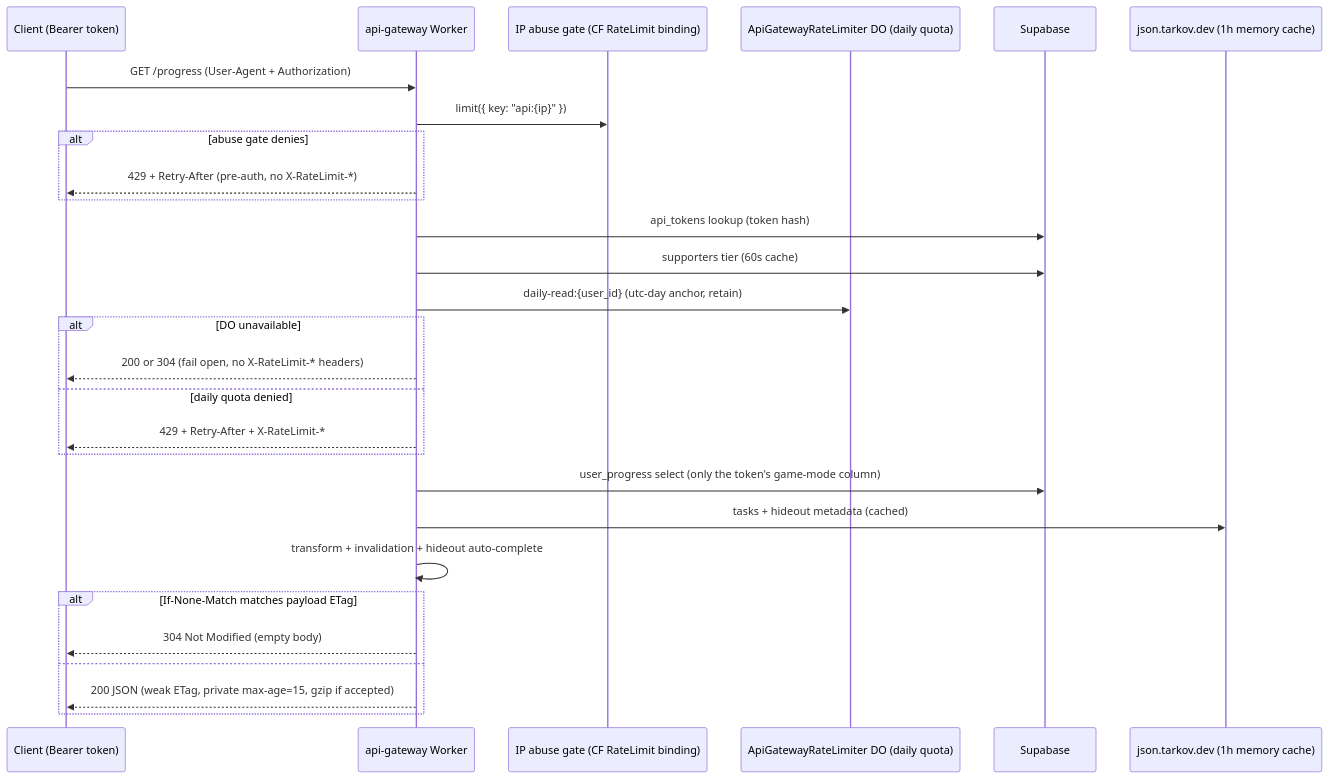
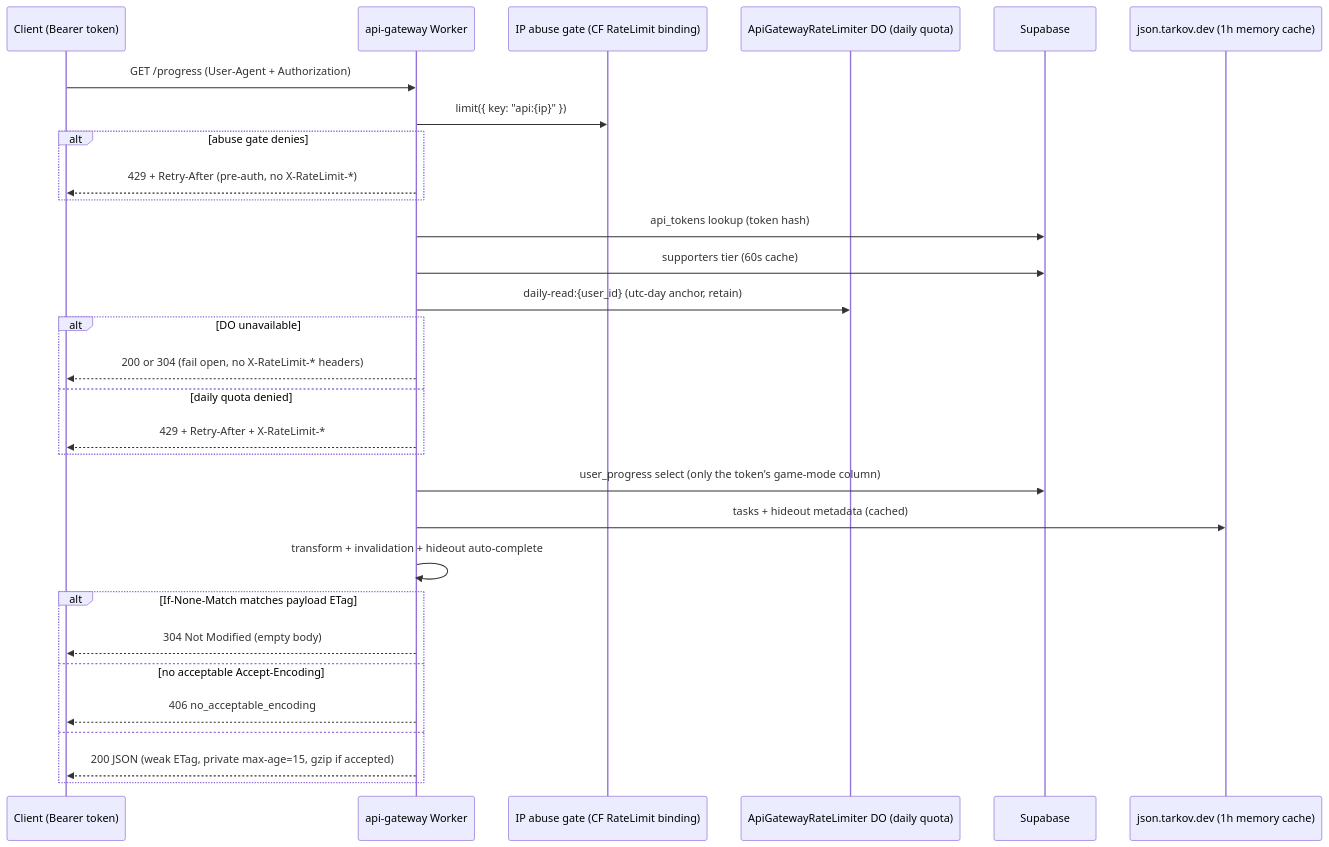
Before and after one commit to tarkovtracker-org/TarkovTracker: the sixth of 6 diagrams in docs/SYSTEMS.md, drawn with Mermaid. The commit also changed other lines of this file, not shown here.

First line of the commit message:
docs(api): fix progress-flow list indentation and add the 406 diagram branch

````diff
--- a/docs/SYSTEMS.md
+++ b/docs/SYSTEMS.md
@@ -412,31 +412,33 @@
 ```mermaid
 sequenceDiagram
   participant C as Client (Bearer token)
   participant W as api-gateway Worker
   participant AG as IP abuse gate (CF RateLimit binding)
   participant DO as ApiGatewayRateLimiter DO (daily quota)
   participant SB as Supabase
   participant TD as json.tarkov.dev (1h memory cache)
 
   C->>W: GET /progress (User-Agent + Authorization)
   W->>AG: limit({ key: "api:{ip}" })
   alt abuse gate denies
     W-->>C: 429 + Retry-After (pre-auth, no X-RateLimit-*)
   end
   W->>SB: api_tokens lookup (token hash)
   W->>SB: supporters tier (60s cache)
   W->>DO: daily-read:{user_id} (utc-day anchor, retain)
   alt DO unavailable
     W-->>C: 200 or 304 (fail open, no X-RateLimit-* headers)
   else daily quota denied
     W-->>C: 429 + Retry-After + X-RateLimit-*
   end
   W->>SB: user_progress select (only the token's game-mode column)
   W->>TD: tasks + hideout metadata (cached)
   W->>W: transform + invalidation + hideout auto-complete
   alt If-None-Match matches payload ETag
     W-->>C: 304 Not Modified (empty body)
+  else no acceptable Accept-Encoding
+    W-->>C: 406 no_acceptable_encoding
   else
     W-->>C: 200 JSON (weak ETag, private max-age=15, gzip if accepted)
   end
 ```
````
